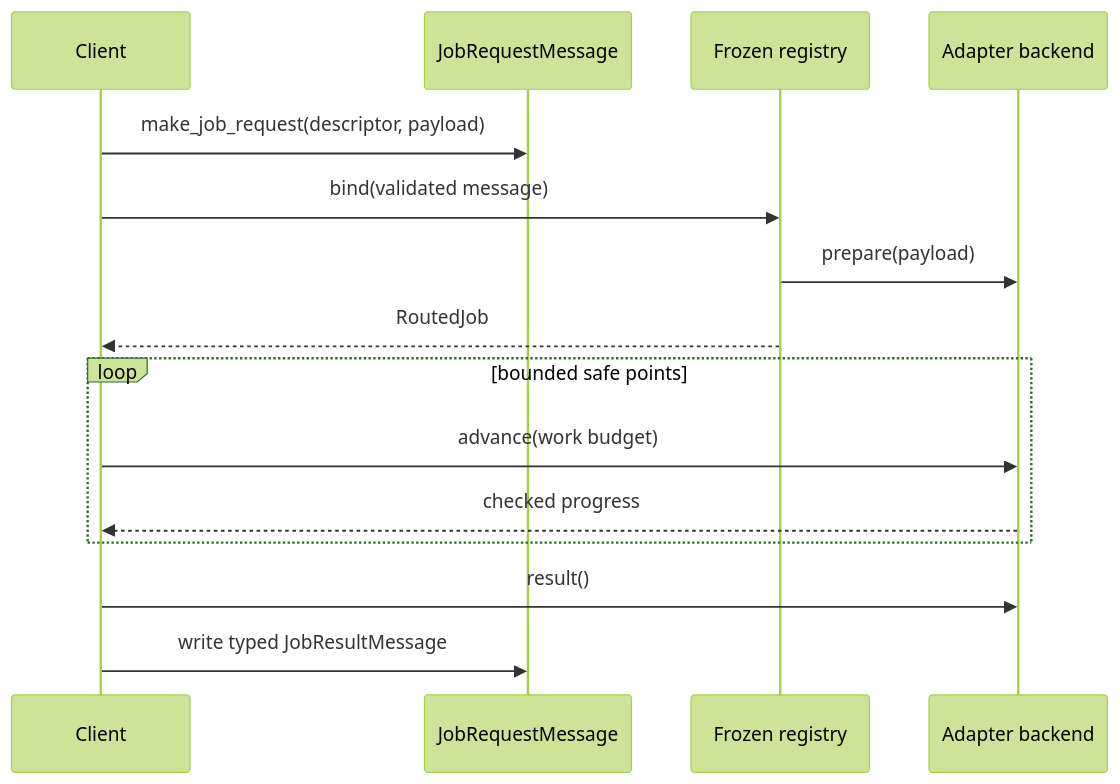
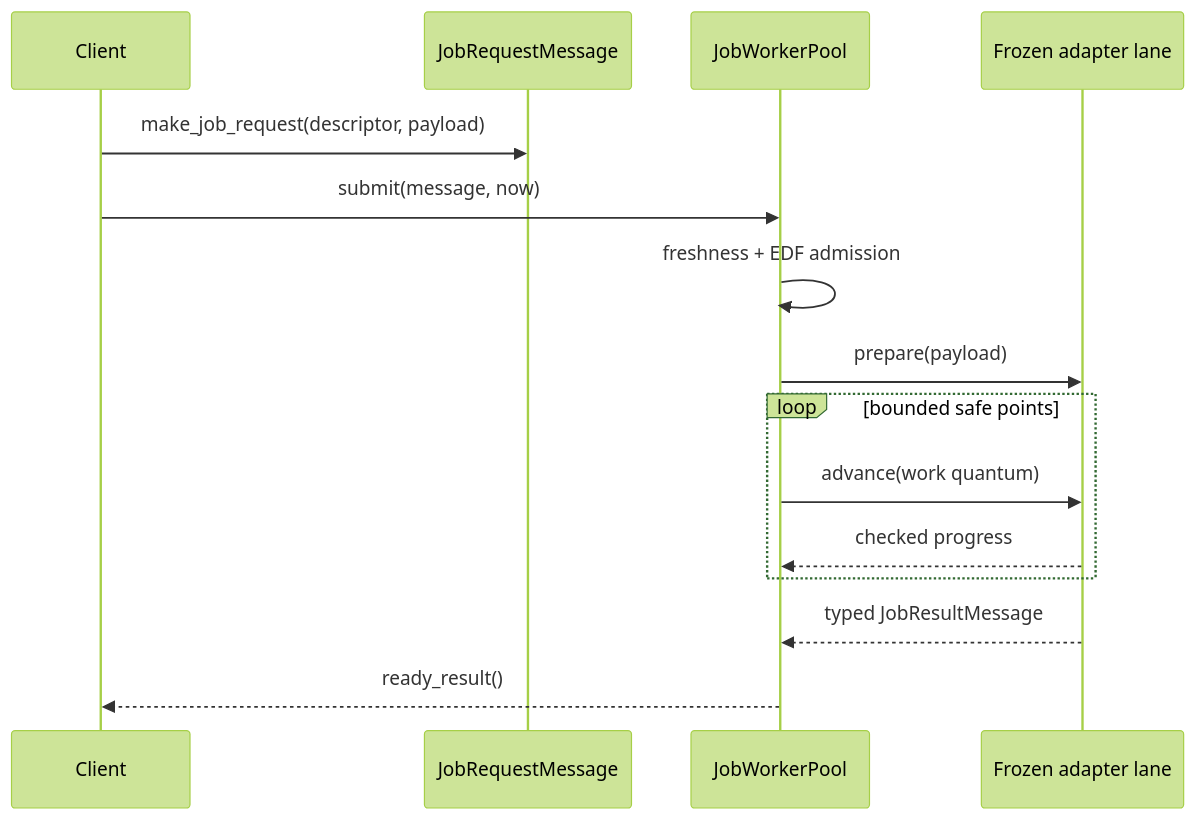
The diagram in docs/guides/cooperative-jobs.md (elprofesoriqo/FlowEdge), drawn with Mermaid (forest theme) before and after one commit. The commit also changed other lines of this file and 19 other files, not shown here.

Commit message:
feat(relay): add generic job worker routing

````diff
--- a/docs/guides/cooperative-jobs.md
+++ b/docs/guides/cooperative-jobs.md
@@ -113,17 +124,17 @@
 ```{mermaid}
 sequenceDiagram
   participant Client
   participant Message as JobRequestMessage
-  participant Registry as Frozen registry
-  participant Backend as Adapter backend
+  participant Pool as JobWorkerPool
+  participant Lane as Frozen adapter lane
   Client->>Message: make_job_request(descriptor, payload)
-  Client->>Registry: bind(validated message)
-  Registry->>Backend: prepare(payload)
-  Registry-->>Client: RoutedJob
+  Client->>Pool: submit(message, now)
+  Pool->>Pool: freshness + EDF admission
+  Pool->>Lane: prepare(payload)
   loop bounded safe points
-    Client->>Backend: advance(work budget)
-    Backend-->>Client: checked progress
+    Pool->>Lane: advance(work quantum)
+    Lane-->>Pool: checked progress
   end
-  Client->>Backend: result()
-  Client->>Message: write typed JobResultMessage
+  Lane-->>Pool: typed JobResultMessage
+  Pool-->>Client: ready_result()
 ```
````
